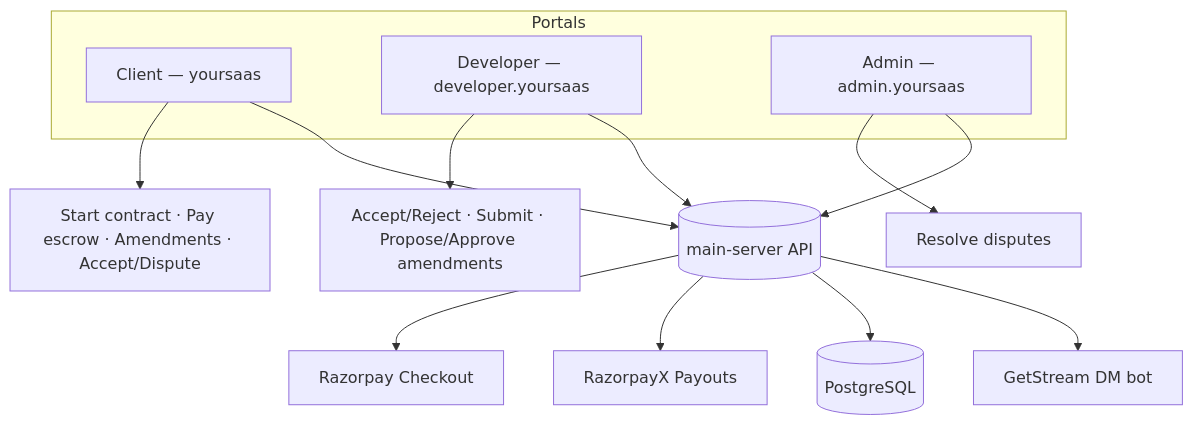
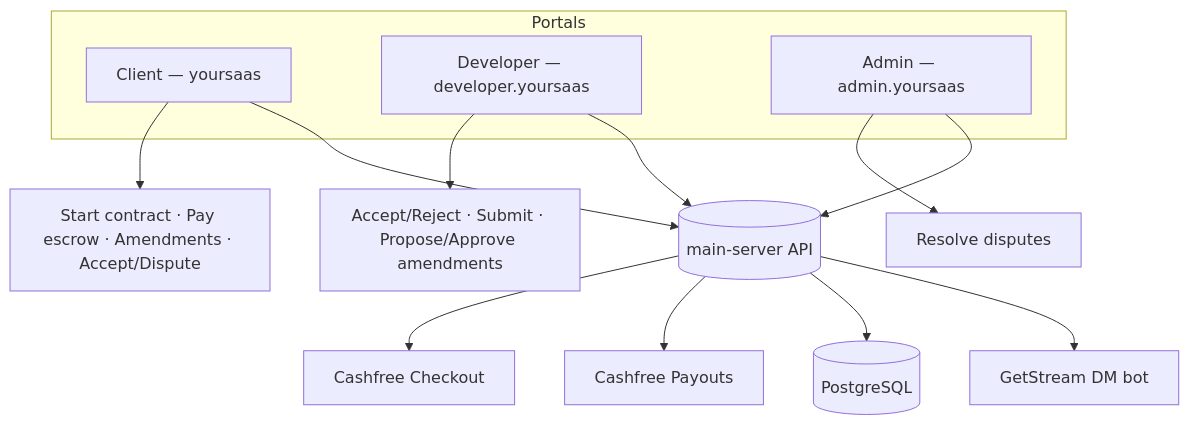
Before and after one commit to yoursaas2026/main-server: the third of 4 diagrams in CONTRACT_FLOW.md, drawn with Mermaid. The commit also changed other lines of this file and 45 other files, not shown here.

First line of the commit message:
Migrate payments from Razorpay to Cashfree and add buyer onboarding APIs.

````diff
--- a/CONTRACT_FLOW.md
+++ b/CONTRACT_FLOW.md
@@ -133,19 +133,19 @@
 ```mermaid
 flowchart TB
     subgraph portals["Portals"]
         C[Client — yoursaas]
         D[Developer — developer.yoursaas]
         A[Admin — admin.yoursaas]
     end
 
     C --> C1[Start contract · Pay escrow · Amendments · Accept/Dispute]
     D --> D1[Accept/Reject · Submit · Propose/Approve amendments]
     A --> A1[Resolve disputes]
     C --> API[(main-server API)]
     D --> API
     A --> API
-    API --> RZ[Razorpay Checkout]
-    API --> RZX[RazorpayX Payouts]
+    API --> CF[Cashfree Checkout]
+    API --> CFP[Cashfree Payouts]
     API --> DB[(PostgreSQL)]
     API --> ST[GetStream DM bot]
 ```
````
